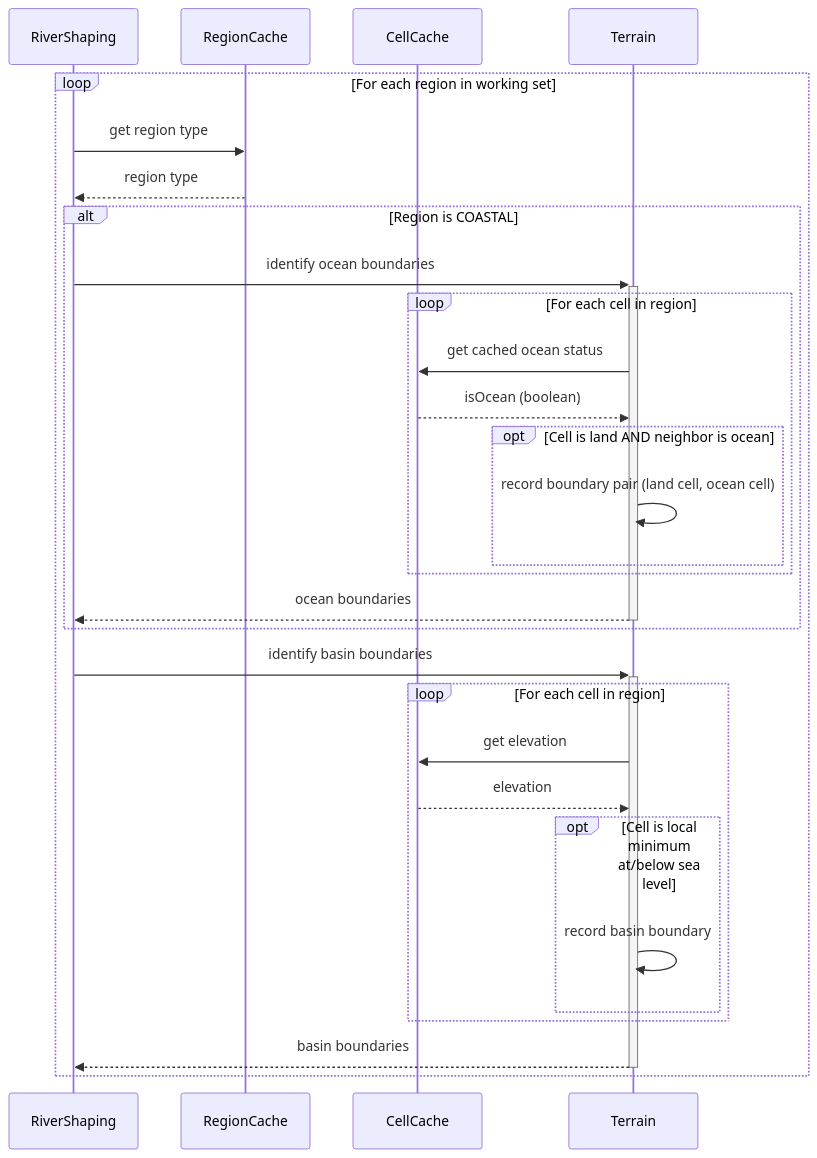
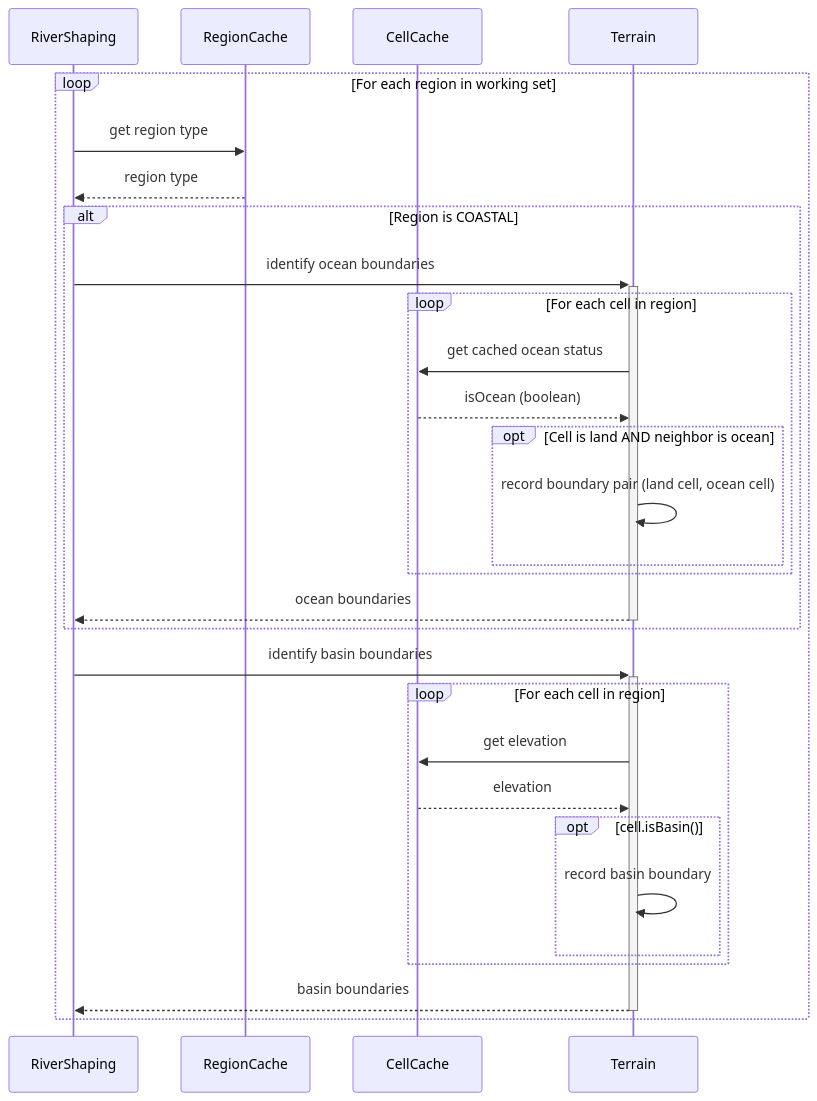
The seventh of 18 diagrams in docs/features/rivers/Rough Diagrams.md (SoSly/RiverTale), drawn with Mermaid before and after one commit. The commit also changed other lines of this file and 9 other files, not shown here.

````diff
--- a/docs/features/rivers/Rough Diagrams.md
+++ b/docs/features/rivers/Rough Diagrams.md
@@ -228,38 +228,38 @@
 ```mermaid
 sequenceDiagram
     participant RiverShaping
     participant RegionCache
     participant CellCache
     participant Terrain
 
     loop For each region in working set
         RiverShaping ->> RegionCache: get region type
         RegionCache -->> RiverShaping: region type
 
         alt Region is COASTAL
             RiverShaping ->>+ Terrain: identify ocean boundaries
 
             loop For each cell in region
                 Terrain ->> CellCache: get cached ocean status
                 CellCache -->> Terrain: isOcean (boolean)
                 opt Cell is land AND neighbor is ocean
                     Terrain ->> Terrain: record boundary pair (land cell, ocean cell)
                 end
             end
 
             Terrain -->>- RiverShaping: ocean boundaries
         end
 
         RiverShaping ->>+ Terrain: identify basin boundaries
 
         loop For each cell in region
             Terrain ->> CellCache: get elevation
             CellCache -->> Terrain: elevation
-            opt Cell is local minimum at/below sea level
+            opt cell.isBasin()
                 Terrain ->> Terrain: record basin boundary
             end
         end
 
         Terrain -->>- RiverShaping: basin boundaries
     end
 ```
````
